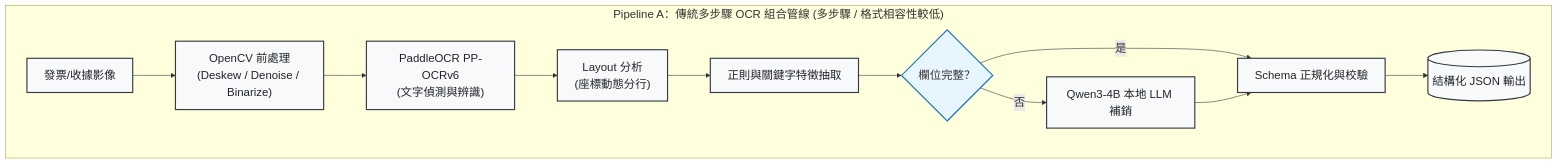
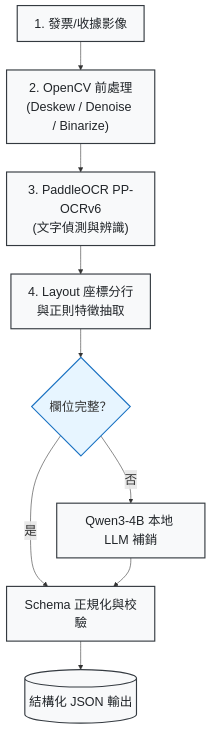
One commit to kuotunyu/receipt-ocr-vlm-benchmark changed the first of 3 diagrams in README.md. Above: the diagram before and after it, drawn with Mermaid. The commit also changed other lines of this file, not shown here.

Commit message:
docs: optimize Pipeline A and B into 22px true-size vertical flowcharts for max readability

````diff
--- a/README.md
+++ b/README.md
@@ -33,19 +33,16 @@
 ```mermaid
-%%{init: {'themeVariables': {'fontSize': '20px'}}}%%
+%%{init: {'themeVariables': {'fontSize': '22px'}}}%%
 flowchart TD
-    subgraph TrackA ["Pipeline A：傳統多步驟 OCR 組合管線 (多步驟 / 格式相容性較低)"]
-        A1["發票/收據影像"] --> A2["OpenCV 前處理<br/>(Deskew / Denoise / Binarize)"]
-        A2 --> A3["PaddleOCR PP-OCRv6<br/>(文字偵測與辨識)"]
-        A3 --> A4["Layout 分析<br/>(座標動態分行)"]
-        A4 --> A5["正則與關鍵字特徵抽取"]
-        A5 --> A6{"欄位完整？"}
-        A6 -->|否| A7["Qwen3-4B 本地 LLM 補銷"]
-        A6 -->|是| A8["Schema 正規化與校驗"]
-        A7 --> A8
-        A8 --> A9[("結構化 JSON 輸出")]
-    end
+    A1["1. 發票/收據影像"] --> A2["2. OpenCV 前處理<br/>(Deskew / Denoise / Binarize)"]
+    A2 --> A3["3. PaddleOCR PP-OCRv6<br/>(文字偵測與辨識)"]
+    A3 --> A4["4. Layout 座標分行<br/>與正則特徵抽取"]
+    A4 --> A5{"欄位完整？"}
+    A5 -->|否| A6["Qwen3-4B 本地 LLM 補銷"]
+    A5 -->|是| A7["Schema 正規化與校驗"]
+    A6 --> A7
+    A7 --> A8[("結構化 JSON 輸出")]
 
-    style A6 fill:#e7f5ff,stroke:#1971c2,stroke-width:2px
+    style A5 fill:#e7f5ff,stroke:#1971c2,stroke-width:2px
     classDef pipeA fill:#f8f9fa,stroke:#343a40,stroke-width:2px,color:#212529
-    class A1,A2,A3,A4,A5,A7,A8,A9 pipeA
+    class A1,A2,A3,A4,A6,A7,A8 pipeA
 ```
````
